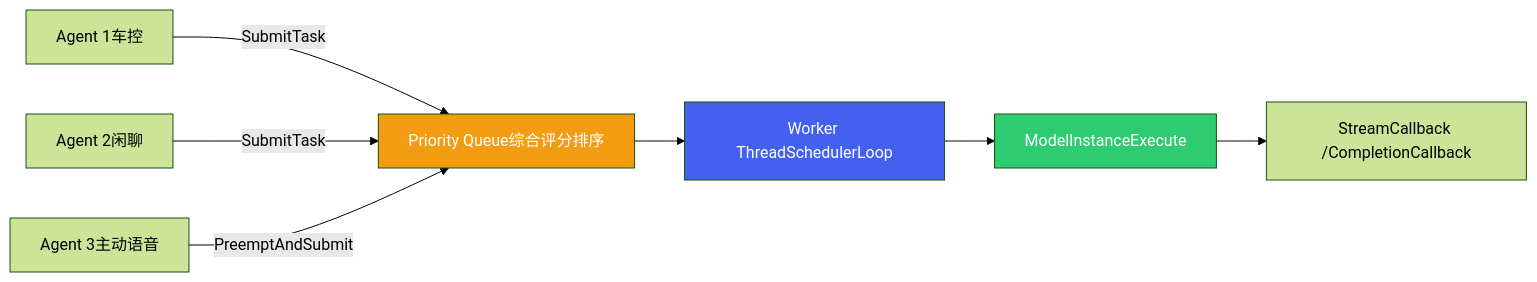
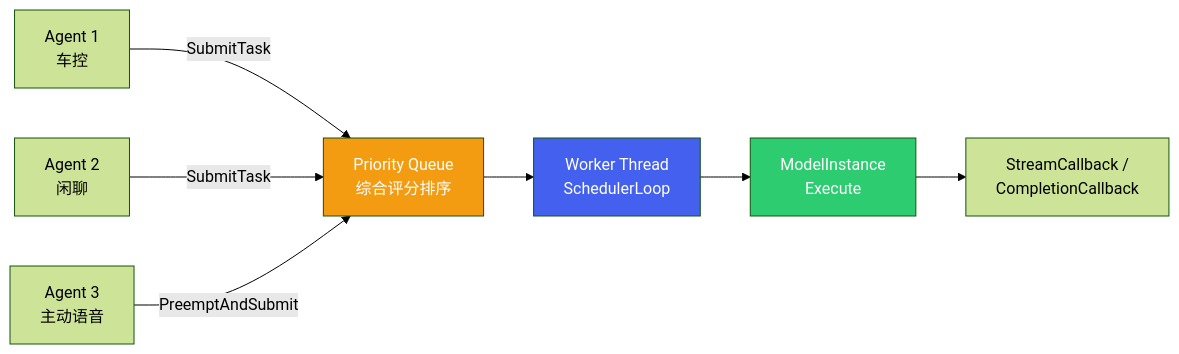
The third of 6 diagrams in cockpit/projects/agent-framework/agent-core.md (ranpin/edge-ai-docs), drawn with Mermaid (forest theme) before and after one commit. The commit also changed other lines of this file and 12 other files, not shown here.

````diff
--- a/cockpit/projects/agent-framework/agent-core.md
+++ b/cockpit/projects/agent-framework/agent-core.md
@@ -255,14 +325,14 @@
 ```mermaid
 flowchart LR
-    A1["Agent 1车控"] -->|SubmitTask| Q["Priority Queue综合评分排序"]
-    A2["Agent 2闲聊"] -->|SubmitTask| Q
-    A3["Agent 3主动语音"] -->|PreemptAndSubmit| Q
+    A1["Agent 1<br/>车控"] -->|SubmitTask| Q["Priority Queue<br/>综合评分排序"]
+    A2["Agent 2<br/>闲聊"] -->|SubmitTask| Q
+    A3["Agent 3<br/>主动语音"] -->|PreemptAndSubmit| Q
 
-    Q --> W["Worker ThreadSchedulerLoop"]
-    W --> M["ModelInstanceExecute"]
-    M --> CB["StreamCallback /CompletionCallback"]
+    Q --> W["Worker Thread<br/>SchedulerLoop"]
+    W --> M["ModelInstance<br/>Execute"]
+    M --> CB["StreamCallback /<br/>CompletionCallback"]
 
     style Q fill:#f39c12,color:#fff
     style W fill:#4361ee,color:#fff
     style M fill:#2ecc71,color:#fff
 ```
````
